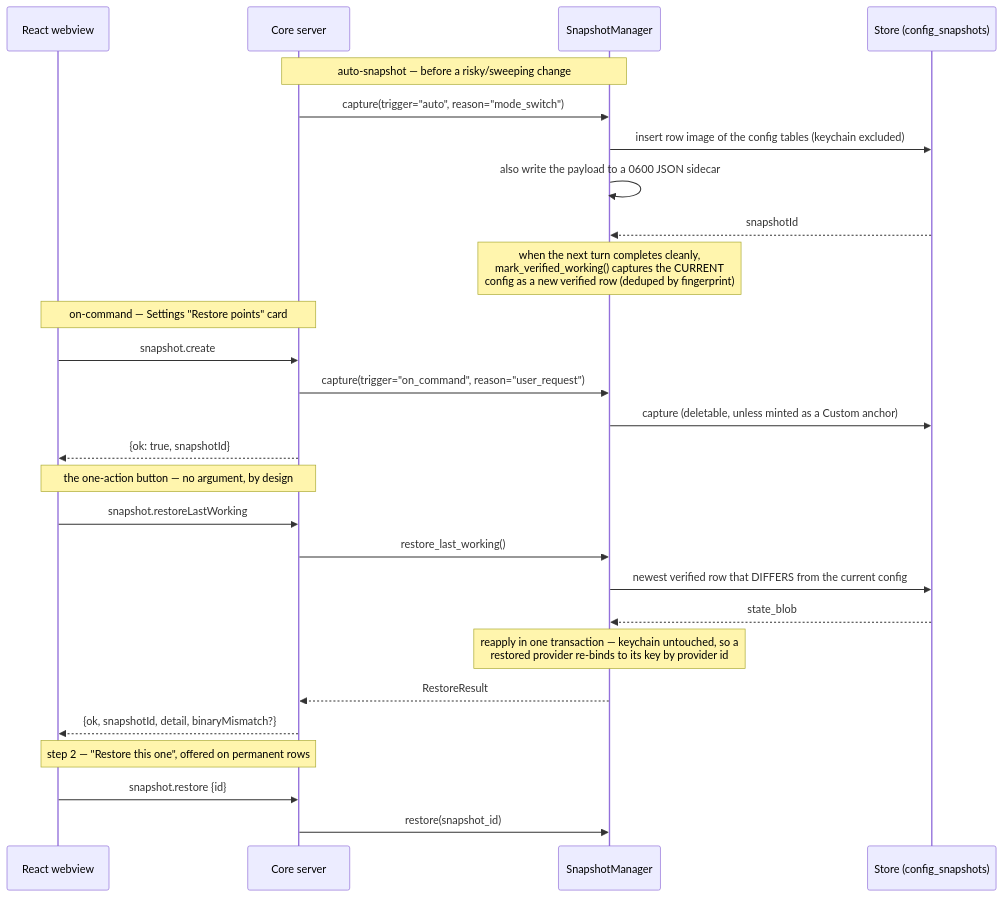
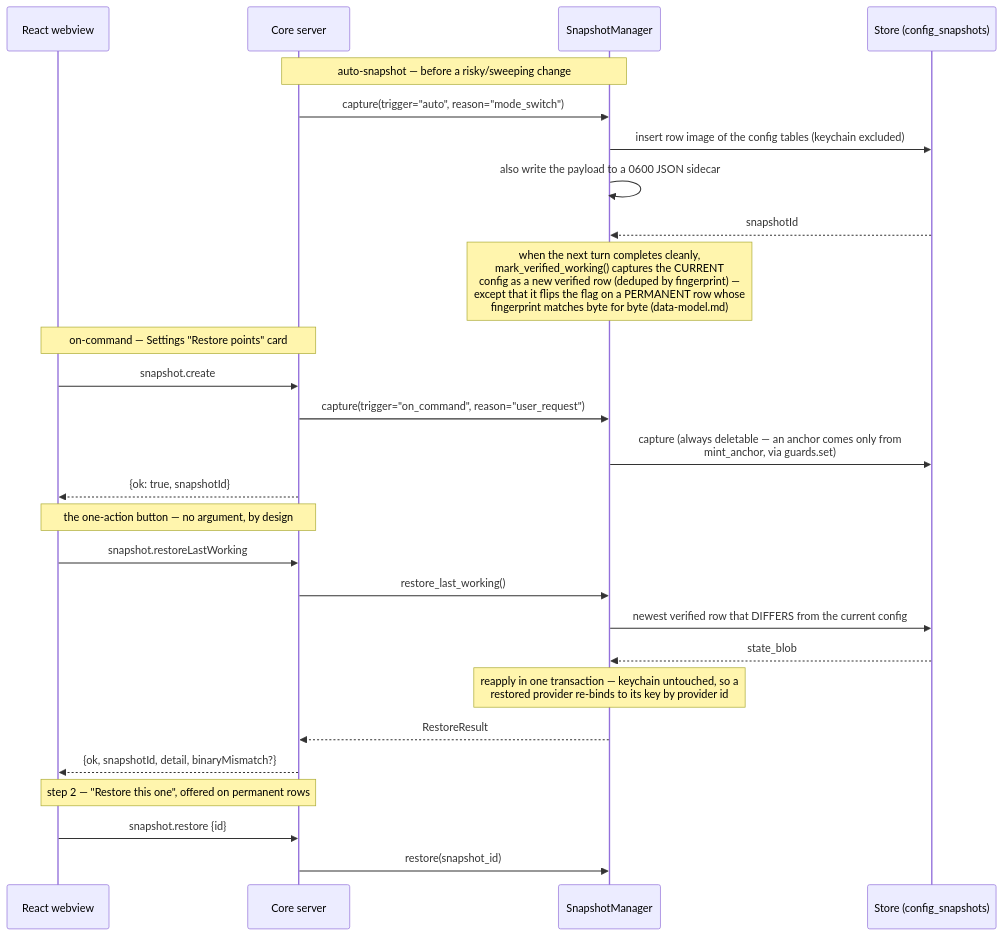
Before and after one commit to N041M/Addison: the ninth of 15 diagrams in docs/flows.md, drawn with Mermaid. The commit also changed other lines of this file and 8 other files, not shown here.

````diff
--- a/docs/flows.md
+++ b/docs/flows.md
@@ -329,33 +330,33 @@
 ```mermaid
 sequenceDiagram
     participant WV as React webview
     participant SRV as Core server
     participant SM as SnapshotManager
     participant ST as Store (config_snapshots)
 
     Note over SRV,SM: auto-snapshot — before a risky/sweeping change
     SRV->>SM: capture(trigger="auto", reason="mode_switch")
     SM->>ST: insert row image of the config tables (keychain excluded)
     SM->>SM: also write the payload to a 0600 JSON sidecar
     ST-->>SM: snapshotId
-    Note over SM: when the next turn completes cleanly,<br/>mark_verified_working() captures the CURRENT<br/>config as a new verified row (deduped by fingerprint)
+    Note over SM: when the next turn completes cleanly,<br/>mark_verified_working() captures the CURRENT<br/>config as a new verified row (deduped by fingerprint) —<br/>except that it flips the flag on a PERMANENT row whose<br/>fingerprint matches byte for byte (data-model.md)
 
     Note over WV,SRV: on-command — Settings "Restore points" card
     WV->>SRV: snapshot.create
     SRV->>SM: capture(trigger="on_command", reason="user_request")
-    SM->>ST: capture (deletable, unless minted as a Custom anchor)
+    SM->>ST: capture (always deletable — an anchor comes only from<br/>mint_anchor, via guards.set)
     SRV-->>WV: {ok: true, snapshotId}
 
     Note over WV,SRV: the one-action button — no argument, by design
     WV->>SRV: snapshot.restoreLastWorking
     SRV->>SM: restore_last_working()
     SM->>ST: newest verified row that DIFFERS from the current config
     ST-->>SM: state_blob
     Note over SM: reapply in one transaction — keychain untouched, so a<br/>restored provider re-binds to its key by provider id
     SM-->>SRV: RestoreResult
     SRV-->>WV: {ok, snapshotId, detail, binaryMismatch?}
 
     Note over WV,SRV: step 2 — "Restore this one", offered on permanent rows
     WV->>SRV: snapshot.restore {id}
     SRV->>SM: restore(snapshot_id)
 ```
````
